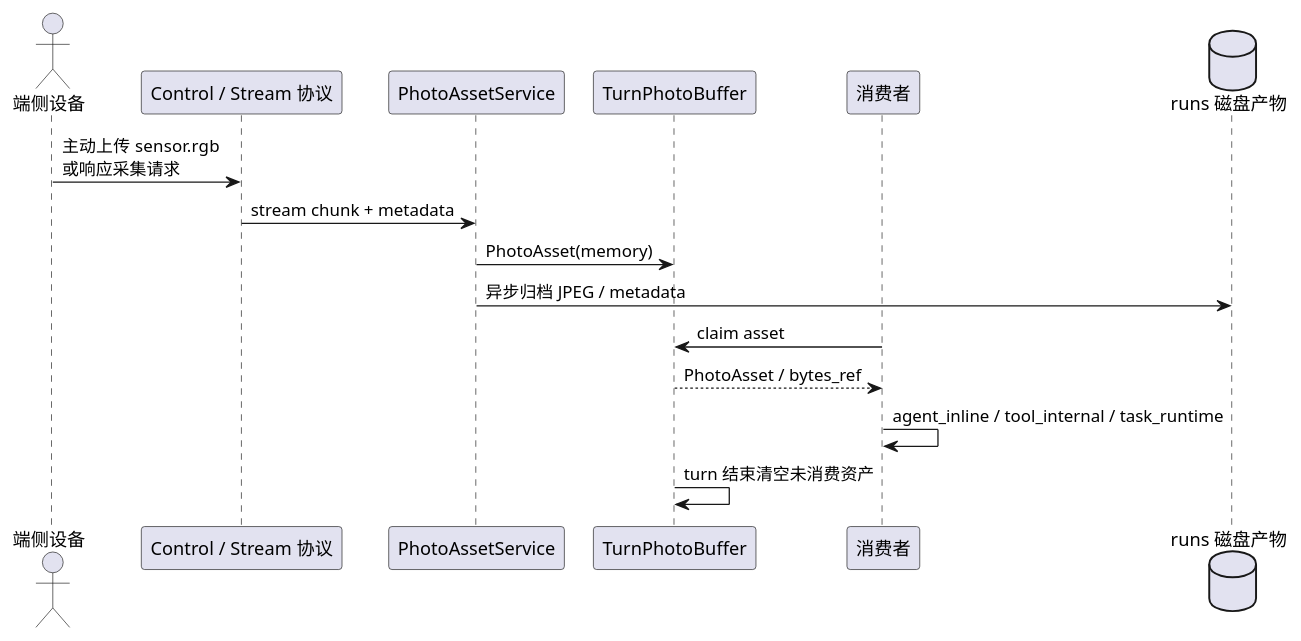
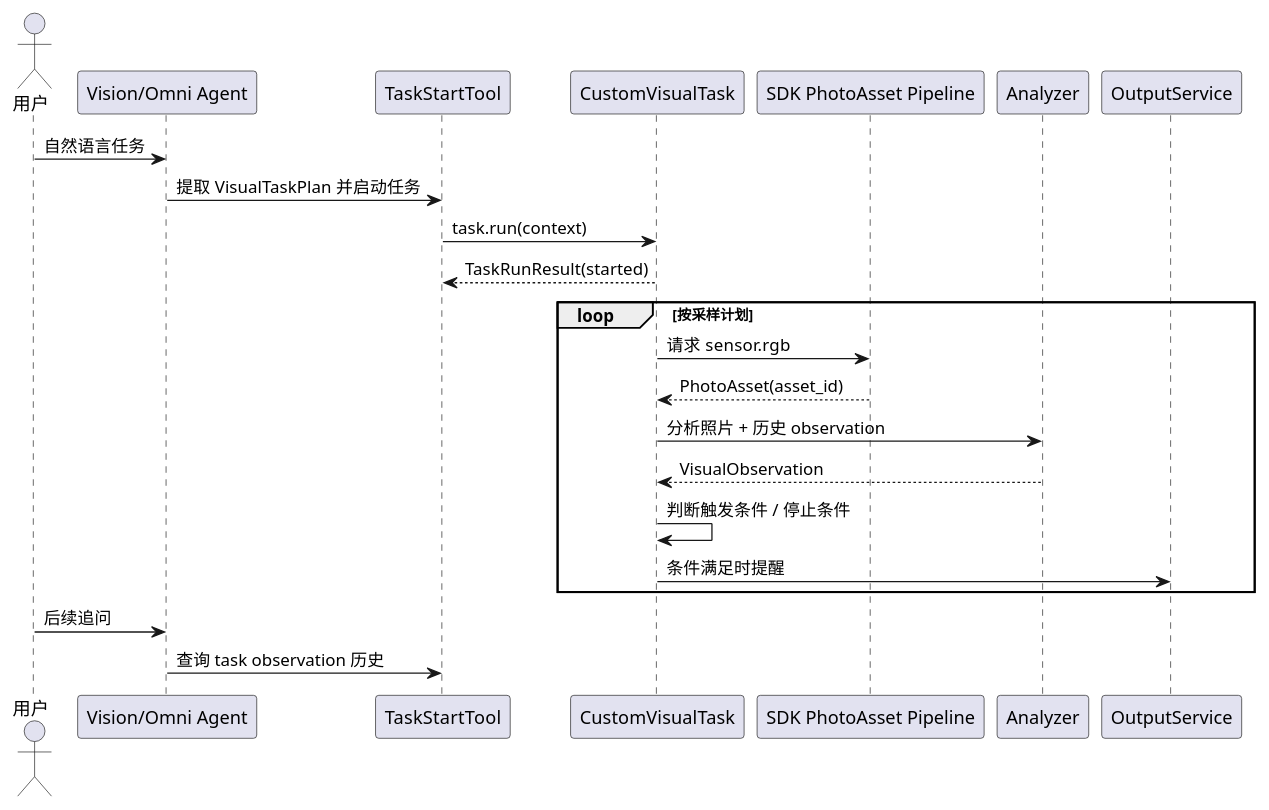
The diagram in examples/for-blind-app/docs/photo-asset-pipeline-design.md (HengeLiu/RealtimeAgent), drawn with PlantUML before and after one commit. The commit also changed other lines of this file and 6 other files, not shown here.

````diff
--- a/examples/for-blind-app/docs/photo-asset-pipeline-design.md
+++ b/examples/for-blind-app/docs/photo-asset-pipeline-design.md
@@ -40,21 +109,26 @@
 ```plantuml
 @startuml
-skinparam componentStyle rectangle
+actor 用户 as User
+participant "Vision/Omni Agent" as Agent
+participant "TaskStartTool" as StartTool
+participant "CustomVisualTask" as Task
+participant "SDK PhotoAsset Pipeline" as SDK
+participant "Analyzer" as Analyzer
+participant "OutputService" as Output
 
-actor "端侧设备" as Device
-participant "Control / Stream 协议" as Protocol
-participant "PhotoAssetService" as AssetService
-participant "TurnPhotoBuffer" as Buffer
-participant "消费者" as Consumer
-database "runs 磁盘产物" as Runs
-
-Device -> Protocol : 主动上传 sensor.rgb\n或响应采集请求
-Protocol -> AssetService : stream chunk + metadata
-AssetService -> Buffer : PhotoAsset(memory)
-AssetService -> Runs : 异步归档 JPEG / metadata
-Consumer -> Buffer : claim asset
-Buffer --> Consumer : PhotoAsset / bytes_ref
-Consumer -> Consumer : agent_inline / tool_internal / task_runtime
-Buffer -> Buffer : turn 结束清空未消费资产
+User -> Agent : 自然语言任务
+Agent -> StartTool : 提取 VisualTaskPlan 并启动任务
+StartTool -> Task : task.run(context)
+Task --> StartTool : TaskRunResult(started)
+loop 按采样计划
+  Task -> SDK : 请求 sensor.rgb
+  SDK --> Task : PhotoAsset(asset_id)
+  Task -> Analyzer : 分析照片 + 历史 observation
+  Analyzer --> Task : VisualObservation
+  Task -> Task : 判断触发条件 / 停止条件
+  Task -> Output : 条件满足时提醒
+end
+User -> Agent : 后续追问
+Agent -> StartTool : 查询 task observation 历史
 @enduml
 ```
````
